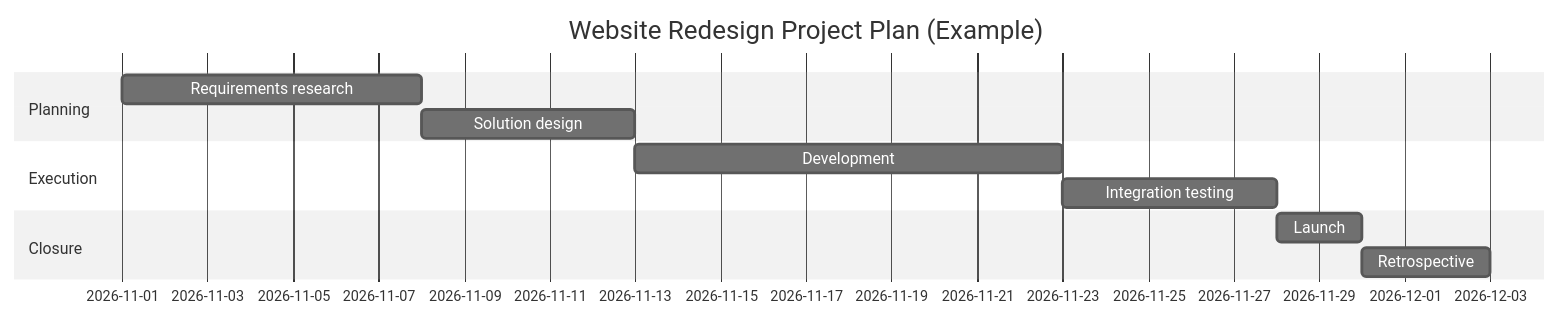
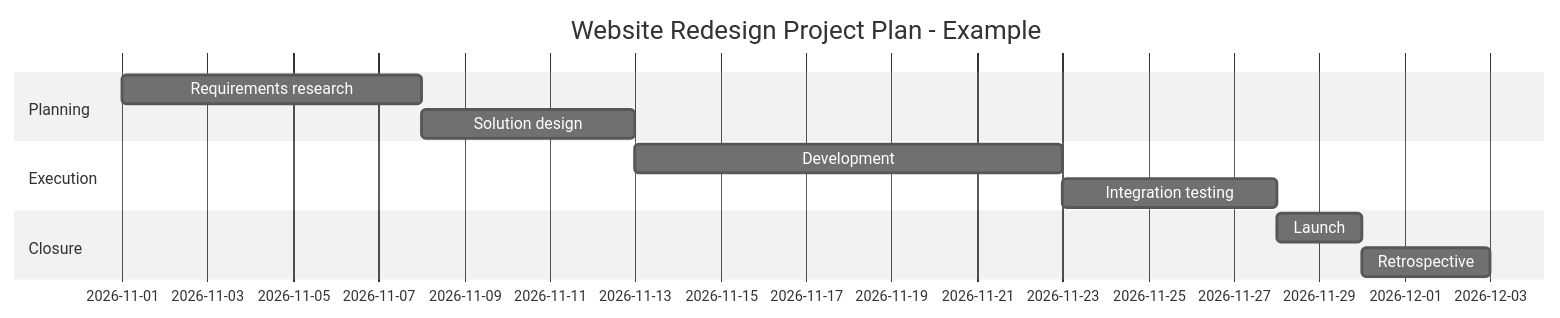
Before and after one commit to hoverwr-bit/management-methods: the sixth of 35 diagrams in README.en.md, drawn with Mermaid (neutral theme). The commit also changed other lines of this file and 5 other files, not shown here.

````diff
--- a/README.en.md
+++ b/README.en.md
@@ -140,14 +145,14 @@
 ```mermaid
 gantt
-    title Website Redesign Project Plan (Example)
+    title Website Redesign Project Plan - Example
     dateFormat YYYY-MM-DD
     section Planning
     Requirements research     :a1, 2026-11-01, 7d
     Solution design     :a2, after a1, 5d
     section Execution
     Development         :b1, after a2, 10d
     Integration testing     :b2, after b1, 5d
     section Closure
     Launch     :c1, after b2, 2d
     Retrospective     :c2, after c1, 3d
 ```
````
